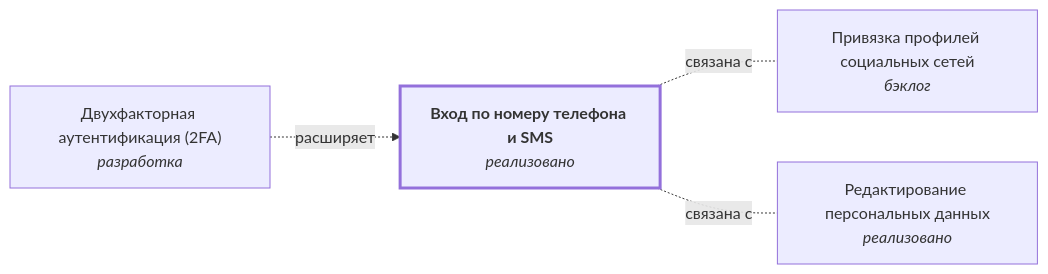
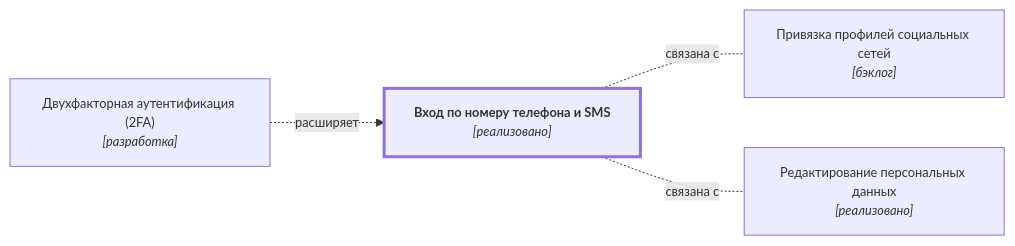
One commit to DmitryKhilko/example-app-requirements changed the diagram in docs/specifications/profile/auth-sms.md. Above: the diagram before and after it, drawn with Mermaid. The commit also changed other lines of this file and 21 other files, not shown here.

````diff
--- a/docs/specifications/profile/auth-sms.md
+++ b/docs/specifications/profile/auth-sms.md
@@ -22,18 +22,19 @@
 ```mermaid
+%%{init: {"themeVariables": {"fontSize": "12.8px"}}}%%
 flowchart LR
-    n0["<b>Вход по номеру телефона и SMS</b><br/><i>реализовано</i>"]
-    n1["Двухфакторная аутентификация (2FA)<br/><i>разработка</i>"]
-    n2["Привязка профилей социальных сетей<br/><i>бэклог</i>"]
-    n3["Редактирование персональных данных<br/><i>реализовано</i>"]
+    n0["<b>Вход по номеру телефона и SMS</b><br/><i>[реализовано]</i>"]
+    n1["Двухфакторная аутентификация (2FA)<br/><i>[разработка]</i>"]
+    n2["Привязка профилей социальных сетей<br/><i>[бэклог]</i>"]
+    n3["Редактирование персональных данных<br/><i>[реализовано]</i>"]
     n1 -.->|"расширяет"| n0
     n0 -.-|"связана с"| n2
     n0 -.-|"связана с"| n3
 
     classDef current stroke-width:3px
     classDef archived stroke-dasharray:5 4
     class n0 current
 
     click n1 "../auth-2fa/"
     click n2 "../oauth/"
     click n3 "../edit-data/"
 ```
````
